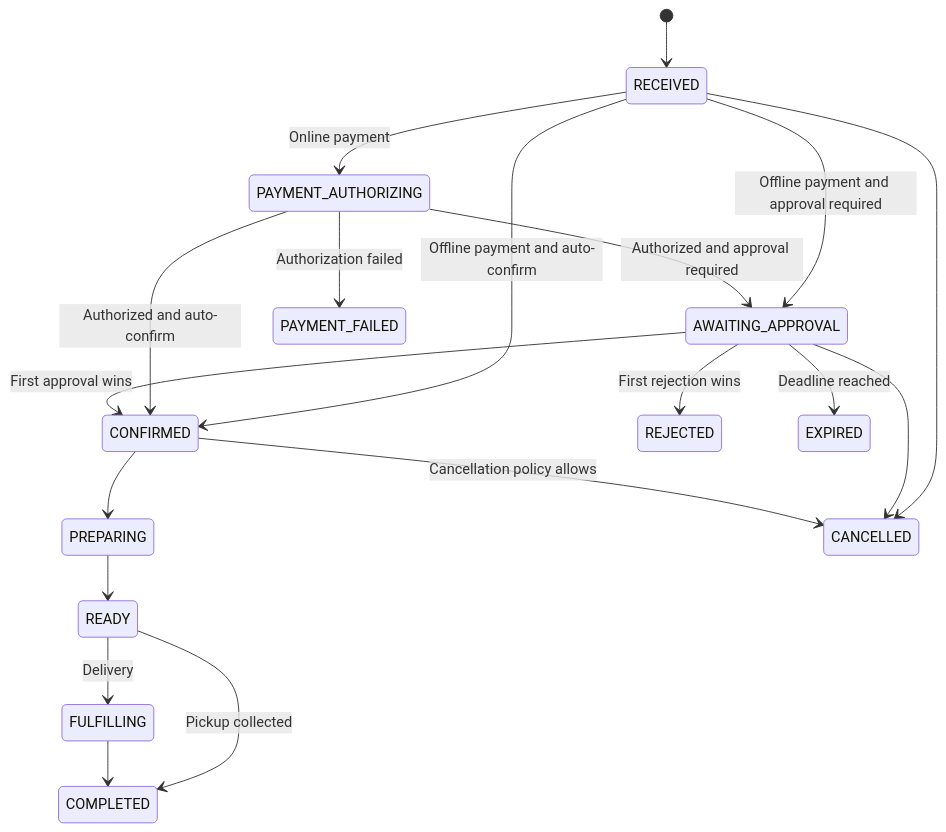
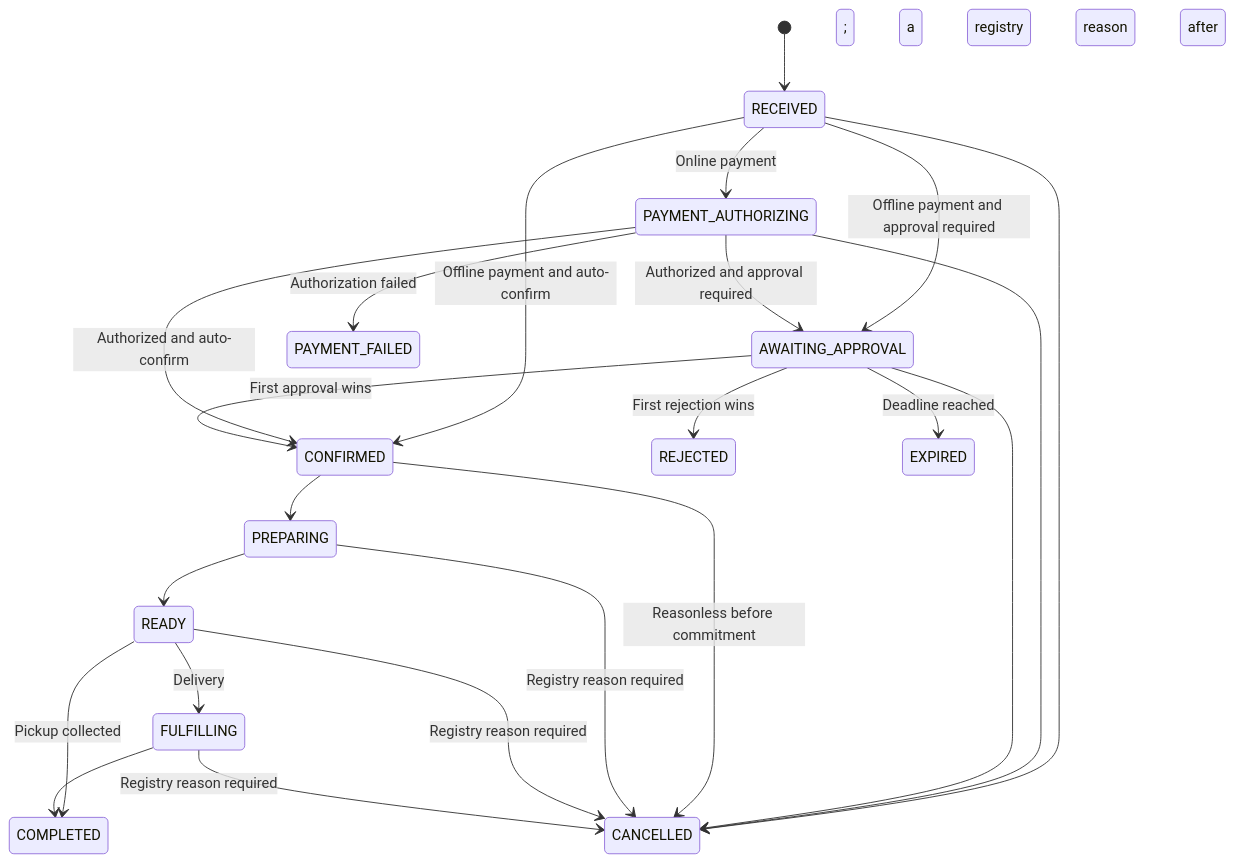
Before and after one commit to justachamp/horecaos: the fourth of 10 diagrams in platform/docs/domains/state-machines.md, drawn with Mermaid. The commit also changed other lines of this file and 6 other files, not shown here.

First line of the commit message:
Let a reasoned cancellation reach CONFIRMED and beyond, and wire COMPLETE

````diff
--- a/platform/docs/domains/state-machines.md
+++ b/platform/docs/domains/state-machines.md
@@ -86,26 +86,30 @@
 ```mermaid
 stateDiagram-v2
     [*] --> RECEIVED
 
     RECEIVED --> PAYMENT_AUTHORIZING: Online payment
     RECEIVED --> AWAITING_APPROVAL: Offline payment and approval required
     RECEIVED --> CONFIRMED: Offline payment and auto-confirm
 
     PAYMENT_AUTHORIZING --> AWAITING_APPROVAL: Authorized and approval required
     PAYMENT_AUTHORIZING --> CONFIRMED: Authorized and auto-confirm
     PAYMENT_AUTHORIZING --> PAYMENT_FAILED: Authorization failed
 
     AWAITING_APPROVAL --> CONFIRMED: First approval wins
     AWAITING_APPROVAL --> REJECTED: First rejection wins
     AWAITING_APPROVAL --> EXPIRED: Deadline reached
 
     CONFIRMED --> PREPARING
     PREPARING --> READY
     READY --> FULFILLING: Delivery
     READY --> COMPLETED: Pickup collected
     FULFILLING --> COMPLETED
 
     RECEIVED --> CANCELLED
+    PAYMENT_AUTHORIZING --> CANCELLED
     AWAITING_APPROVAL --> CANCELLED
-    CONFIRMED --> CANCELLED: Cancellation policy allows
+    CONFIRMED --> CANCELLED: Reasonless before commitment; a registry reason after
+    PREPARING --> CANCELLED: Registry reason required
+    READY --> CANCELLED: Registry reason required
+    FULFILLING --> CANCELLED: Registry reason required
 ```
````
